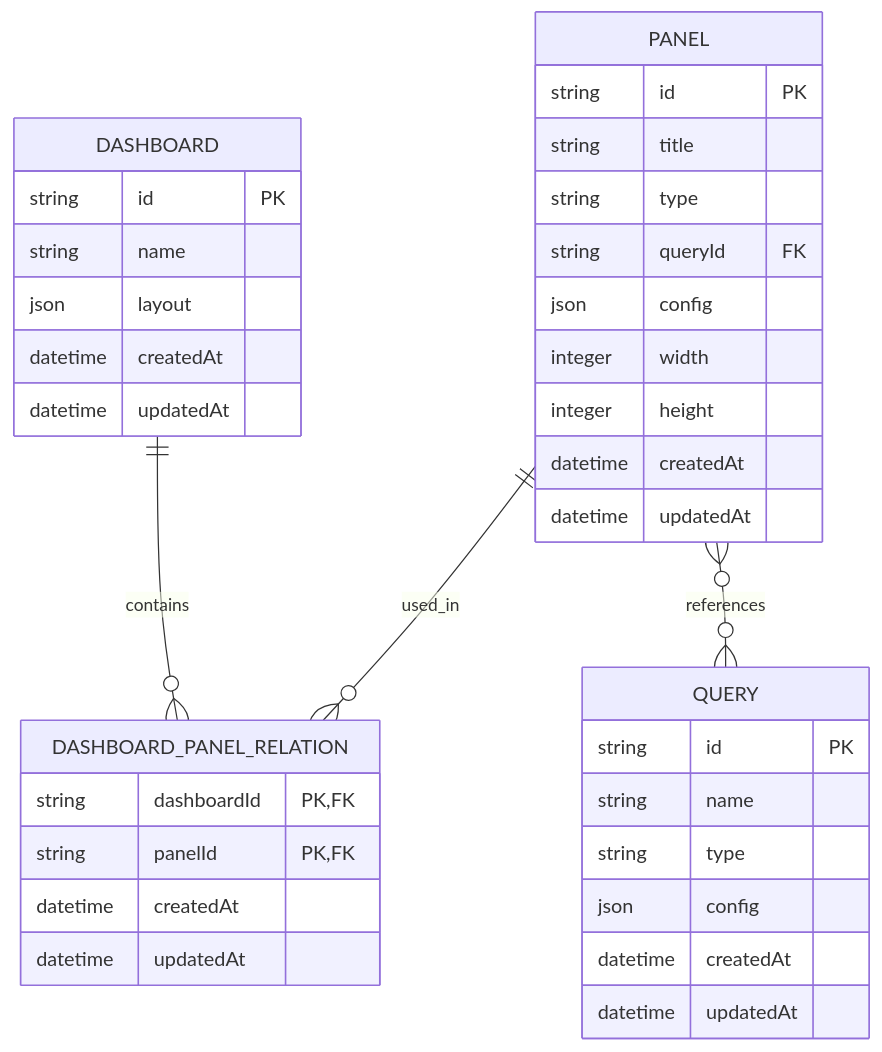
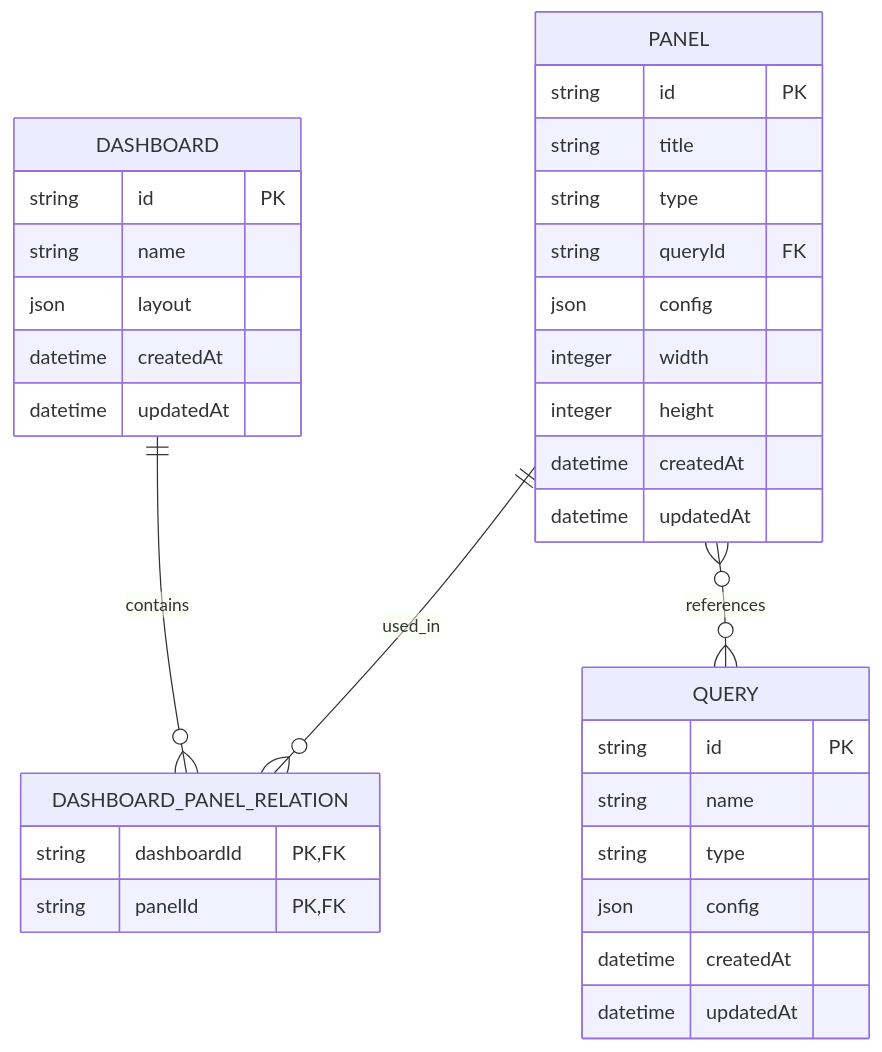
The diagram in apps/server/src/module/dashboard/docs/dashboard-data-model.md (Syedar-root/seedar), drawn with Mermaid before and after one commit. The commit also changed other lines of this file and 17 other files, not shown here.

````diff
--- a/apps/server/src/module/dashboard/docs/dashboard-data-model.md
+++ b/apps/server/src/module/dashboard/docs/dashboard-data-model.md
@@ -9,42 +9,40 @@
 ```mermaid
 erDiagram
     DASHBOARD ||--o{ DASHBOARD_PANEL_RELATION : contains
     PANEL ||--o{ DASHBOARD_PANEL_RELATION : used_in
     PANEL }o--o{ QUERY : references
 
     DASHBOARD {
         string id PK
         string name
         json layout
         datetime createdAt
         datetime updatedAt
     }
 
     PANEL {
         string id PK
         string title
         string type
         string queryId FK
         json config
         integer width
         integer height
         datetime createdAt
         datetime updatedAt
     }
 
     DASHBOARD_PANEL_RELATION {
         string dashboardId PK, FK
         string panelId PK, FK
-        datetime createdAt
-        datetime updatedAt
     }
 
     QUERY {
         string id PK
         string name
         string type
         json config
         datetime createdAt
         datetime updatedAt
     }
 ```
````
